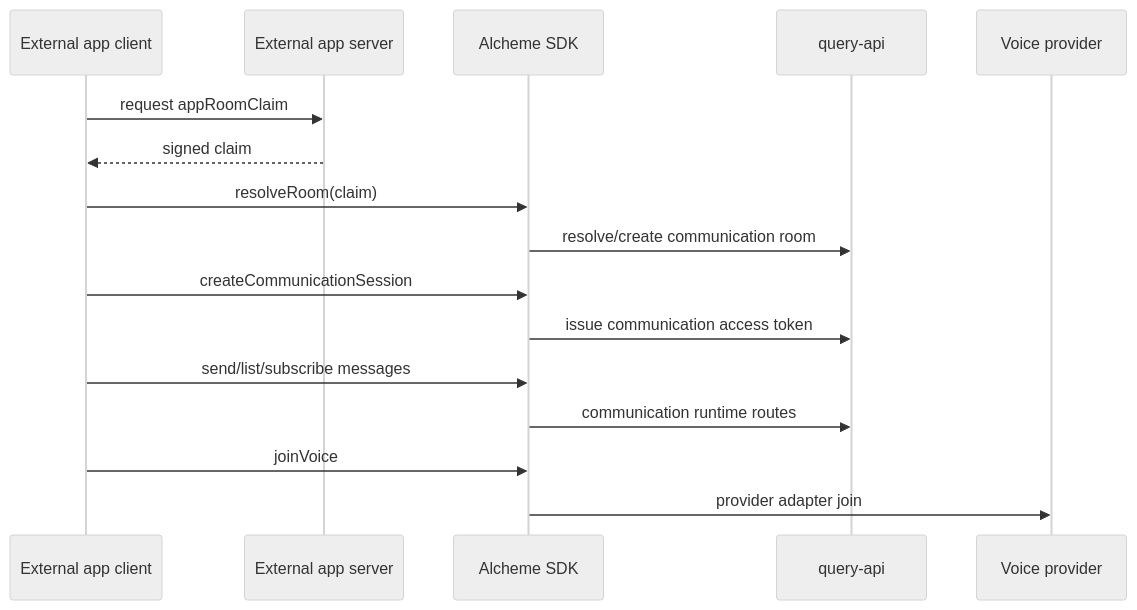
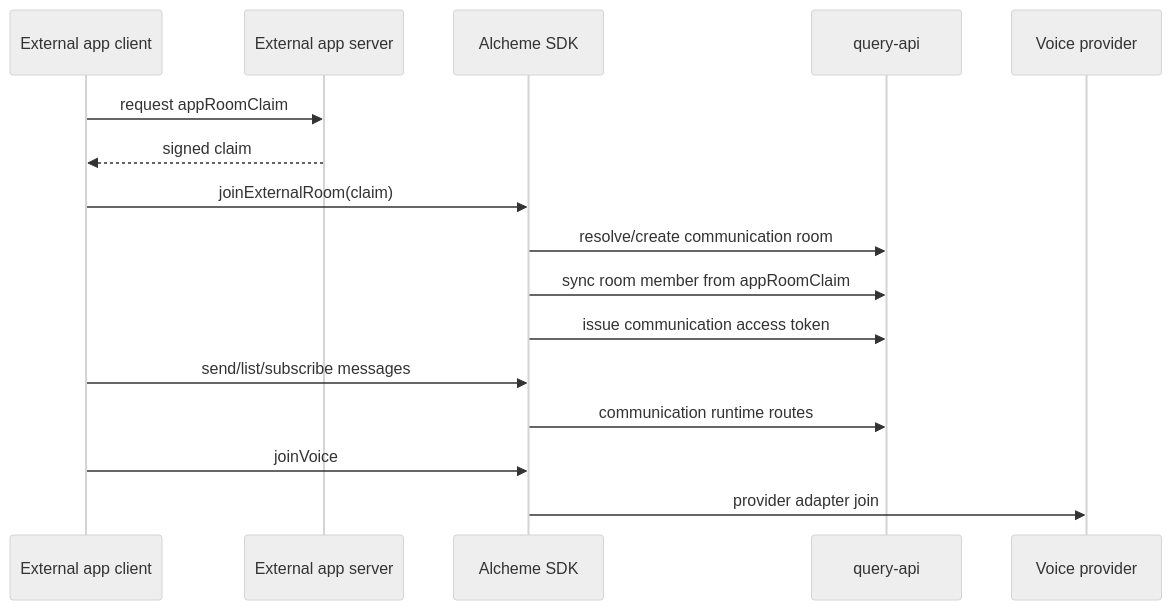
One commit to alcheme-labs/alcheme-protocol changed the second of 2 diagrams in examples/game-chat-headless/README.md. Above: the diagram before and after it, drawn with Mermaid (neutral theme). The commit also changed other lines of this file and 76 other files, not shown here.

Commit message:
feat: harden external app v1 integration

````diff
--- a/examples/game-chat-headless/README.md
+++ b/examples/game-chat-headless/README.md
@@ -31,19 +31,19 @@
 ```mermaid
 sequenceDiagram
     participant App as External app client
     participant Server as External app server
     participant SDK as Alcheme SDK
     participant API as query-api
     participant Voice as Voice provider
 
     App->>Server: request appRoomClaim
     Server-->>App: signed claim
-    App->>SDK: resolveRoom(claim)
+    App->>SDK: joinExternalRoom(claim)
     SDK->>API: resolve/create communication room
-    App->>SDK: createCommunicationSession
+    SDK->>API: sync room member from appRoomClaim
     SDK->>API: issue communication access token
     App->>SDK: send/list/subscribe messages
     SDK->>API: communication runtime routes
     App->>SDK: joinVoice
     SDK->>Voice: provider adapter join
 ```
````
